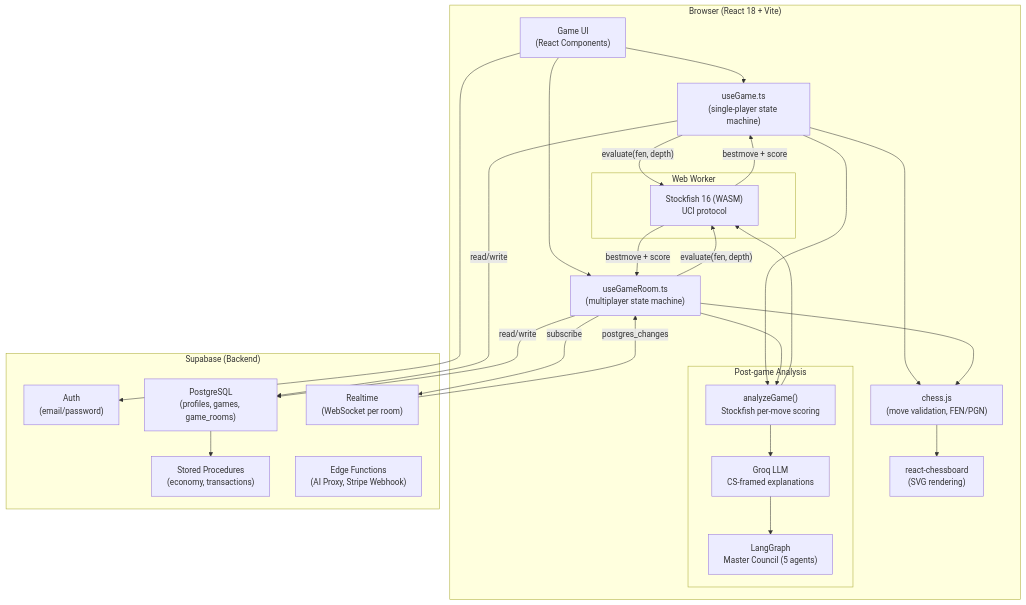
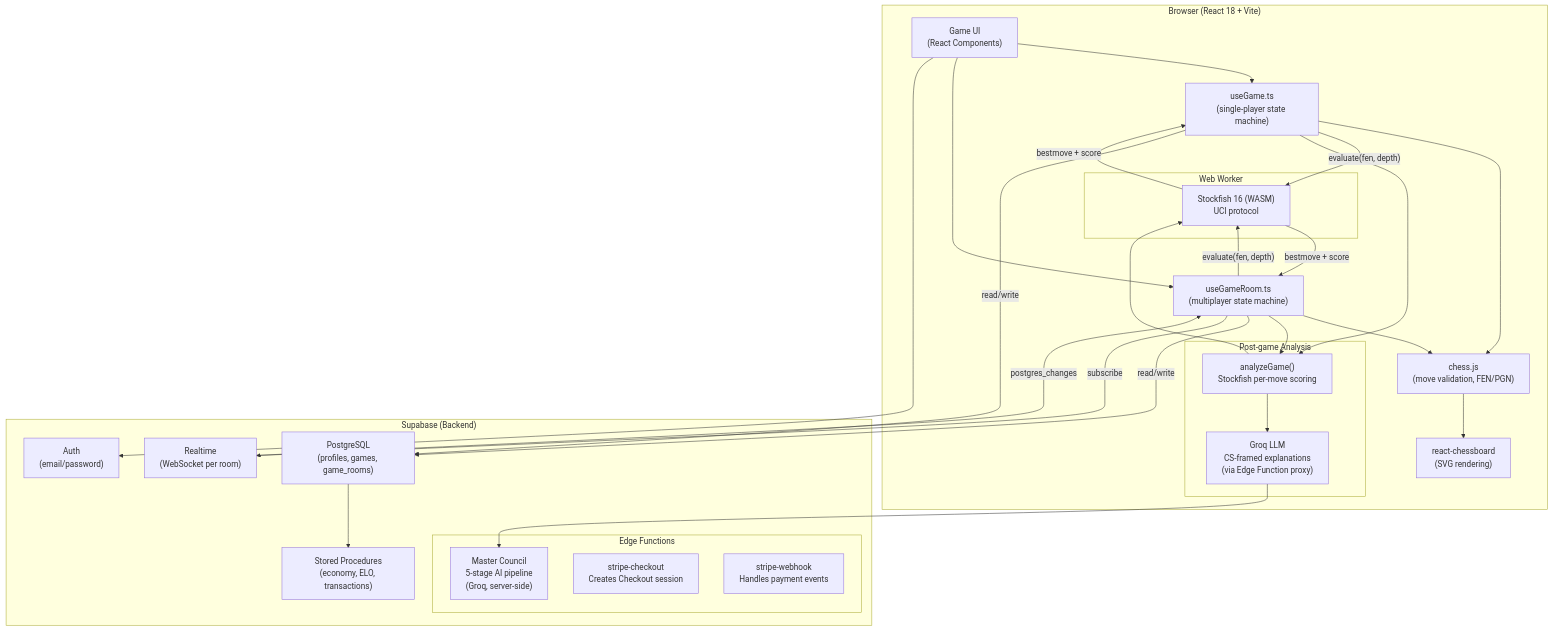
Before and after one commit to n6s8/nfac-chess: the first of 7 diagrams in README.md, drawn with Mermaid. The commit also changed other lines of this file and 7 other files, not shown here.

````diff
--- a/README.md
+++ b/README.md
@@ -68,49 +70,52 @@
 ```mermaid
 flowchart TD
     subgraph Browser["Browser (React 18 + Vite)"]
         UI["Game UI\n(React Components)"]
         Hook_SP["useGame.ts\n(single-player state machine)"]
         Hook_MP["useGameRoom.ts\n(multiplayer state machine)"]
         ChessJS["chess.js\n(move validation, FEN/PGN)"]
         Board["react-chessboard\n(SVG rendering)"]
 
         subgraph Worker["Web Worker"]
             SF["Stockfish 16 (WASM)\nUCI protocol"]
         end
 
         subgraph Analysis["Post-game Analysis"]
             AP["analyzeGame()\nStockfish per-move scoring"]
-            LLM1["Groq LLM\nCS-framed explanations"]
-            Council["LangGraph\nMaster Council (5 agents)"]
+            LLM1["Groq LLM\nCS-framed explanations\n(via Edge Function proxy)"]
         end
     end
 
     subgraph Supabase["Supabase (Backend)"]
         Auth["Auth\n(email/password)"]
         DB["PostgreSQL\n(profiles, games, game_rooms)"]
         RT["Realtime\n(WebSocket per room)"]
-        RPC["Stored Procedures\n(economy, transactions)"]
-        Edge["Edge Functions\n(AI Proxy, Stripe Webhook)"]
+        RPC["Stored Procedures\n(economy, ELO, transactions)"]
+        subgraph EdgeFns["Edge Functions"]
+            Council["Master Council\n5-stage AI pipeline\n(Groq, server-side)"]
+            StripeCheckout["stripe-checkout\nCreates Checkout session"]
+            StripeWebhook["stripe-webhook\nHandles payment events"]
+        end
     end
 
     UI --> Hook_SP
     UI --> Hook_MP
     Hook_SP --> ChessJS
     Hook_MP --> ChessJS
     ChessJS --> Board
     Hook_SP -- "evaluate(fen, depth)" --> SF
     Hook_MP -- "evaluate(fen, depth)" --> SF
     SF -- "bestmove + score" --> Hook_SP
     SF -- "bestmove + score" --> Hook_MP
     Hook_SP --> AP
     Hook_MP --> AP
     AP --> SF
     AP --> LLM1
     LLM1 --> Council
     Hook_SP -- "read/write" --> DB
     Hook_MP -- "read/write" --> DB
     Hook_MP -- "subscribe" --> RT
     RT -- "postgres_changes" --> Hook_MP
     DB --> RPC
     UI --> Auth
 ```
````
